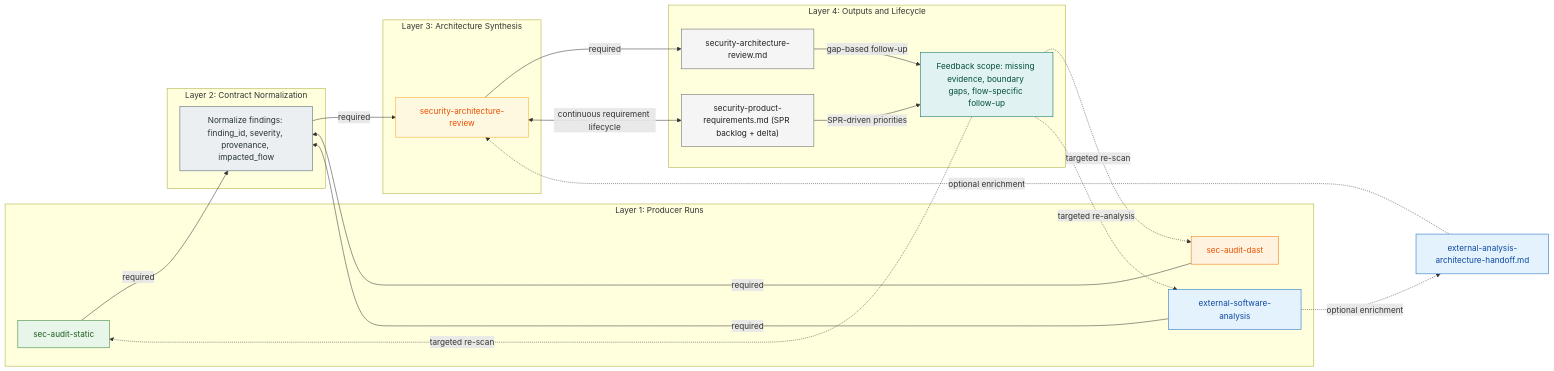
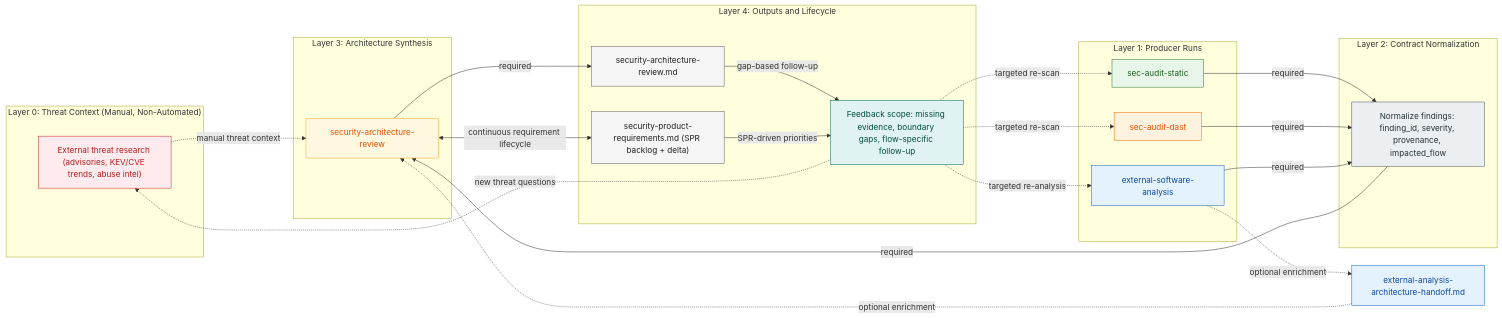
One commit to windshock/oh-my-secuaudit changed the diagram in README.md. Above: the diagram before and after it, drawn with Mermaid. The commit also changed other lines of this file and 1 other file, not shown here.

Commit message:
docs: include manual threat research in relationship map

````diff
--- a/README.md
+++ b/README.md
@@ -23,56 +23,64 @@
 ```mermaid
 flowchart LR
+    subgraph L0["Layer 0: Threat Context (Manual, Non-Automated)"]
+        T["External threat research (advisories, KEV/CVE trends, abuse intel)"]
+    end
+
     subgraph L1["Layer 1: Producer Runs"]
         S["sec-audit-static"]
         D["sec-audit-dast"]
         E["external-software-analysis"]
     end
 
     subgraph L2["Layer 2: Contract Normalization"]
         N["Normalize findings: finding_id, severity, provenance, impacted_flow"]
     end
 
     subgraph L3["Layer 3: Architecture Synthesis"]
         R["security-architecture-review"]
     end
 
     subgraph L4["Layer 4: Outputs and Lifecycle"]
         O["security-architecture-review.md"]
         P["security-product-requirements.md (SPR backlog + delta)"]
         FB["Feedback scope: missing evidence, boundary gaps, flow-specific follow-up"]
     end
 
     S -->|required| N
     D -->|required| N
     E -->|required| N
     E -.->|optional enrichment| EH["external-analysis-architecture-handoff.md"]
+    T -.->|manual threat context| R
 
     N -->|required| R
     EH -.->|optional enrichment| R
 
     R -->|required| O
     R <--> |continuous requirement lifecycle| P
 
     O -->|gap-based follow-up| FB
     P -->|SPR-driven priorities| FB
 
     FB -.->|targeted re-scan| S
     FB -.->|targeted re-scan| D
     FB -.->|targeted re-analysis| E
+    FB -.->|new threat questions| T
 
     classDef static fill:#e8f5e9,stroke:#2e7d32,color:#1b5e20;
     classDef runtime fill:#fff3e0,stroke:#ef6c00,color:#e65100;
     classDef external fill:#e3f2fd,stroke:#1565c0,color:#0d47a1;
+    classDef threat fill:#ffebee,stroke:#c62828,color:#b71c1c;
     classDef review fill:#fff8e1,stroke:#f9a825,color:#e65100;
     classDef contract fill:#eceff1,stroke:#455a64,color:#263238;
     classDef artifact fill:#f5f5f5,stroke:#616161,color:#212121;
     classDef feedback fill:#e0f2f1,stroke:#00695c,color:#004d40;
 
+    class T threat;
     class S static;
     class D runtime;
     class E,EH external;
     class N contract;
     class R review;
     class O,P artifact;
     class FB feedback;
 ```
````
